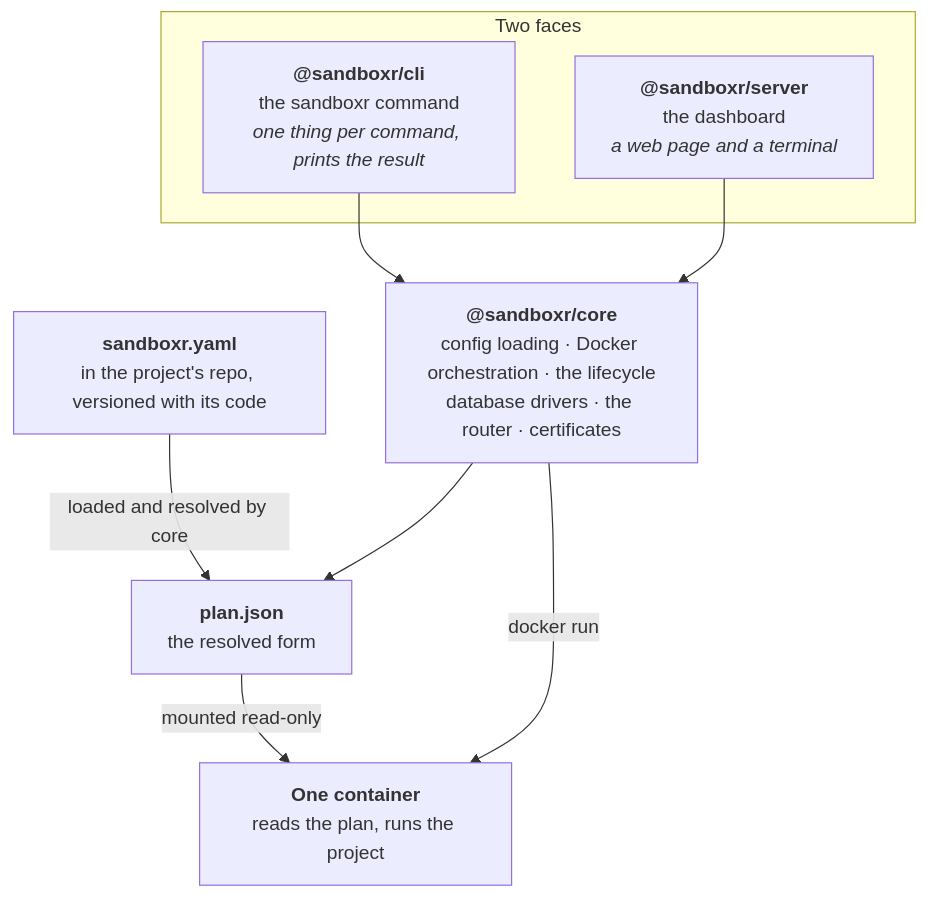
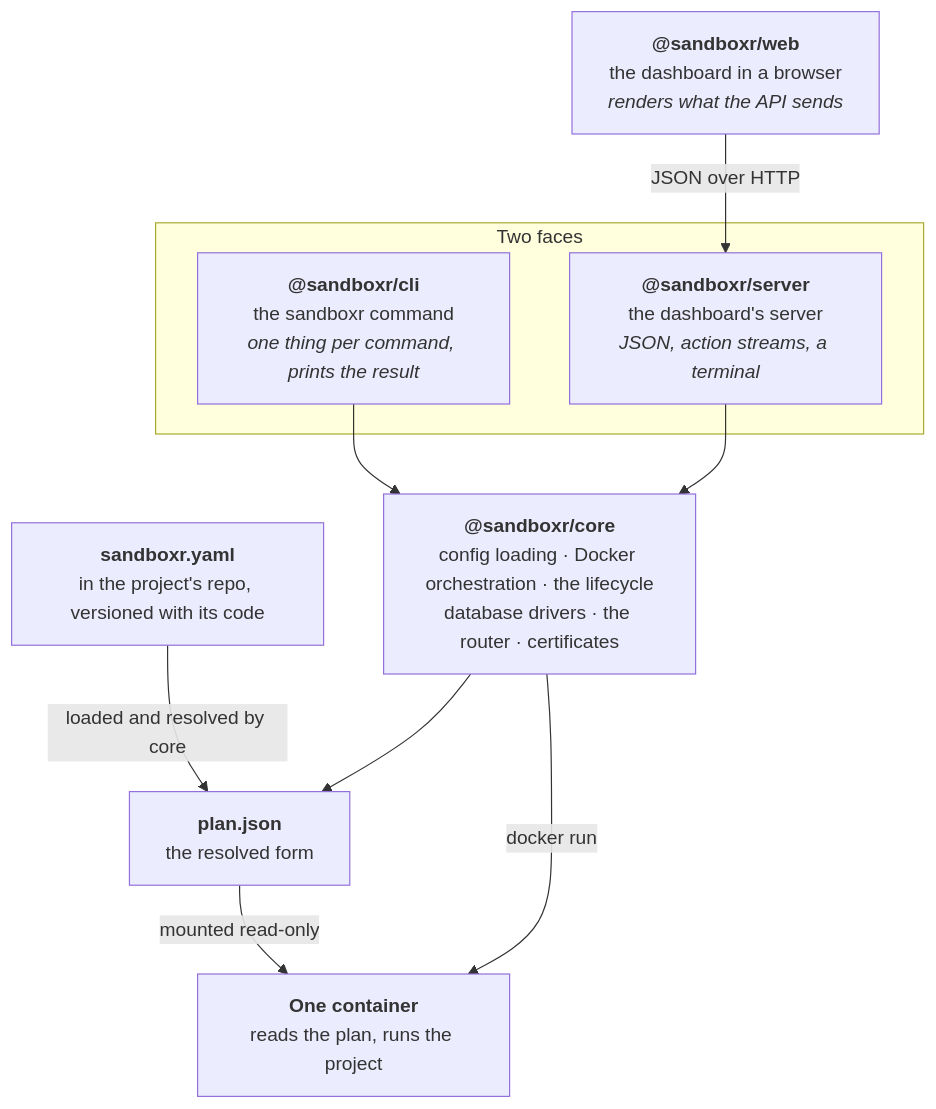
One commit to mattmoran56/sandboxer-core changed the first of 3 diagrams in docs/how-it-works.md. Above: the diagram before and after it, drawn with Mermaid. The commit also changed other lines of this file and 12 other files, not shown here.

First line of the commit message:
docs: describe the single-page dashboard

````diff
--- a/docs/how-it-works.md
+++ b/docs/how-it-works.md
@@ -11,17 +11,19 @@
 ```mermaid
 flowchart TB
+  web["<b>@sandboxr/web</b><br/>the dashboard in a browser<br/><i>renders what the API sends</i>"]
   subgraph faces["Two faces"]
     cli["<b>@sandboxr/cli</b><br/>the sandboxr command<br/><i>one thing per command, prints the result</i>"]
-    srv["<b>@sandboxr/server</b><br/>the dashboard<br/><i>a web page and a terminal</i>"]
+    srv["<b>@sandboxr/server</b><br/>the dashboard's server<br/><i>JSON, action streams, a terminal</i>"]
   end
   core["<b>@sandboxr/core</b><br/>config loading · Docker orchestration · the lifecycle<br/>database drivers · the router · certificates"]
   yaml["<b>sandboxr.yaml</b><br/>in the project's repo, versioned with its code"]
   plan["<b>plan.json</b><br/>the resolved form"]
   box["<b>One container</b><br/>reads the plan, runs the project"]
+  web -->|"JSON over HTTP"| srv
   cli --> core
   srv --> core
   yaml -->|"loaded and resolved by core"| plan
   core --> plan
   plan -->|"mounted read-only"| box
   core -->|"docker run"| box
 ```
````
